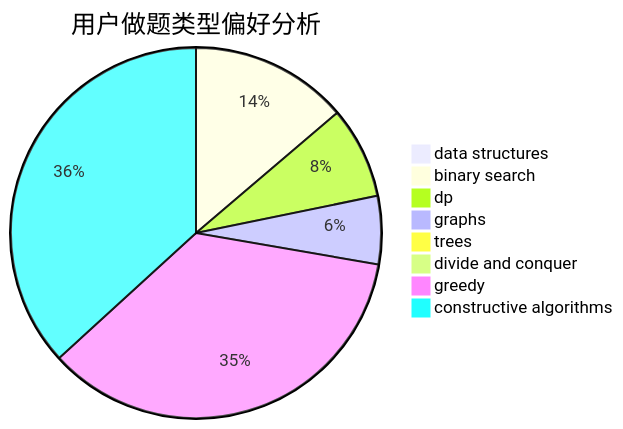
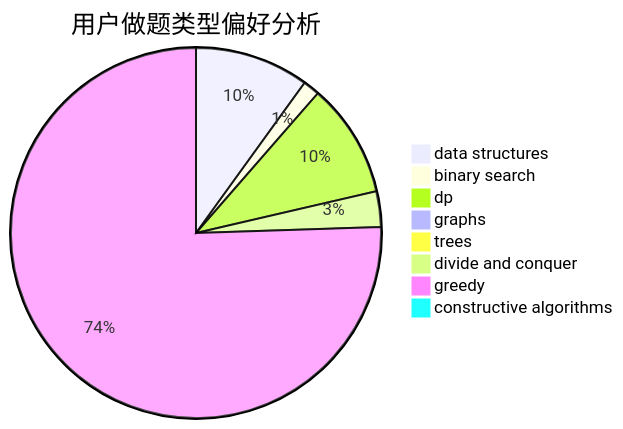
One commit to sherpahu/cfrs.github.io changed the second of 3 diagrams in docs/user/u1593.md. Above: the diagram before and after it, drawn with Mermaid. The commit also changed other lines of this file and 2770 other files, not shown here.

````diff
--- a/docs/user/u1593.md
+++ b/docs/user/u1593.md
@@ -23,11 +23,11 @@
 ```mermaid
 pie title 用户做题类型偏好分析
-    "data structures" :  10
-    "binary search" :  234
-    "dp" :  136
-    "graphs" :  101
-    "trees" :  7
-    "divide and conquer" :  0
-    "greedy" :  603
-    "constructive algorithms" :  625
+    "data structures" :  48
+    "binary search" :  7
+    "dp" :  48
+    "graphs" :  2
+    "trees" :  2
+    "divide and conquer" :  15
+    "greedy" :  364
+    "constructive algorithms" :  3
 ```
````
